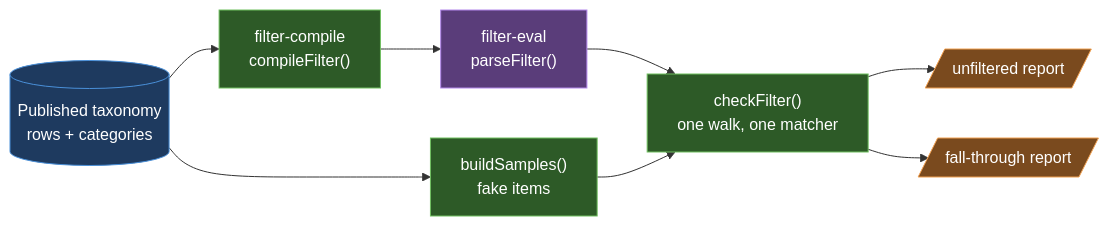
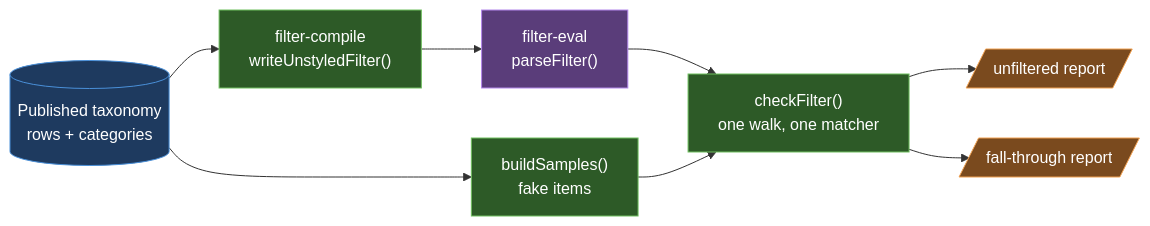
One commit to andreicaminschi/poe-stuff changed the first of 5 diagrams in docs/sample-validation.md. Above: the diagram before and after it, drawn with Mermaid. The commit also changed other lines of this file and 12 other files, not shown here.

First line of the commit message:
refactor: rename the two compileFilter functions by what they do

````diff
--- a/docs/sample-validation.md
+++ b/docs/sample-validation.md
@@ -9,20 +9,20 @@
 ```mermaid
 flowchart LR
     classDef source fill:#1e3a5f,stroke:#4a90d9,color:#fff
     classDef lib fill:#2d5a27,stroke:#6fbf5f,color:#fff
     classDef eval fill:#5a3d7a,stroke:#b388eb,color:#fff
     classDef out fill:#7a4a1e,stroke:#f0a050,color:#fff
 
     T[("Published taxonomy<br/>rows + categories")]:::source
-    C["filter-compile<br/>compileFilter()"]:::lib
+    C["filter-compile<br/>writeUnstyledFilter()"]:::lib
     P["filter-eval<br/>parseFilter()"]:::eval
     S["buildSamples()<br/>fake items"]:::lib
     K["checkFilter()<br/>one walk, one matcher"]:::lib
     R1[/"unfiltered report"/]:::out
     R2[/"fall-through report"/]:::out
 
     T --> C --> P --> K
     T --> S --> K
     K --> R1
     K --> R2
 ```
````
